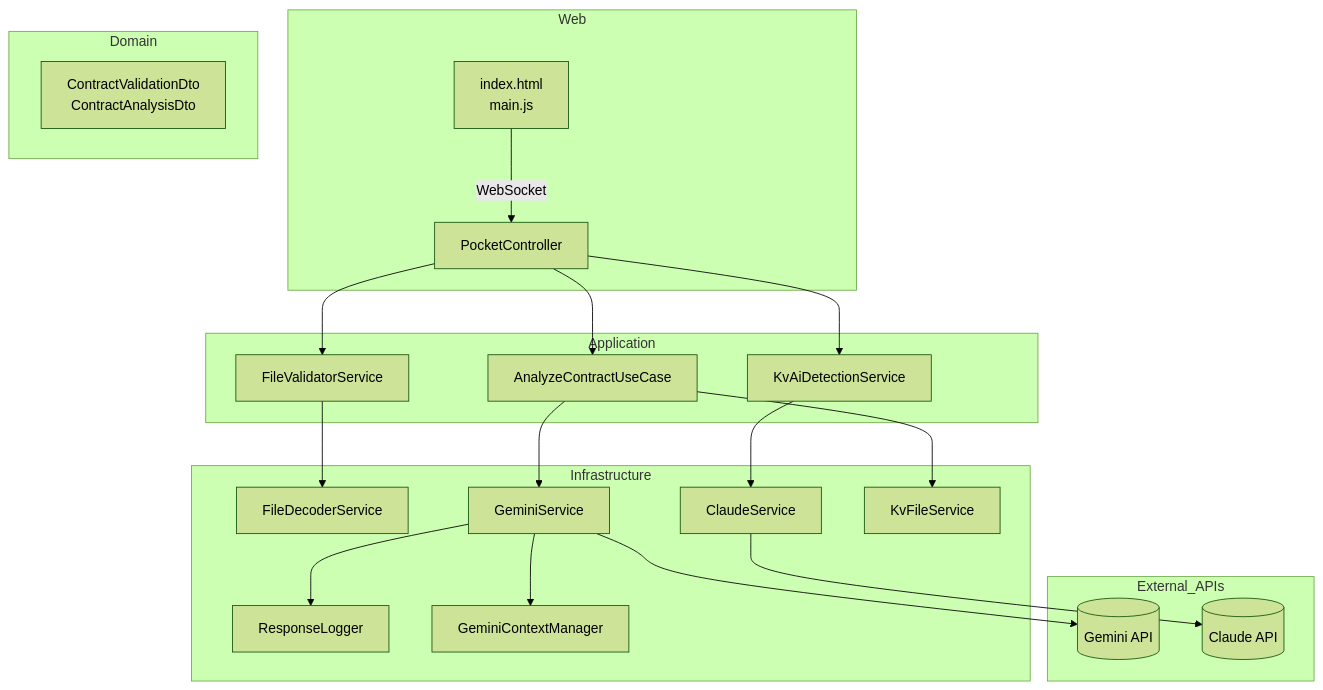
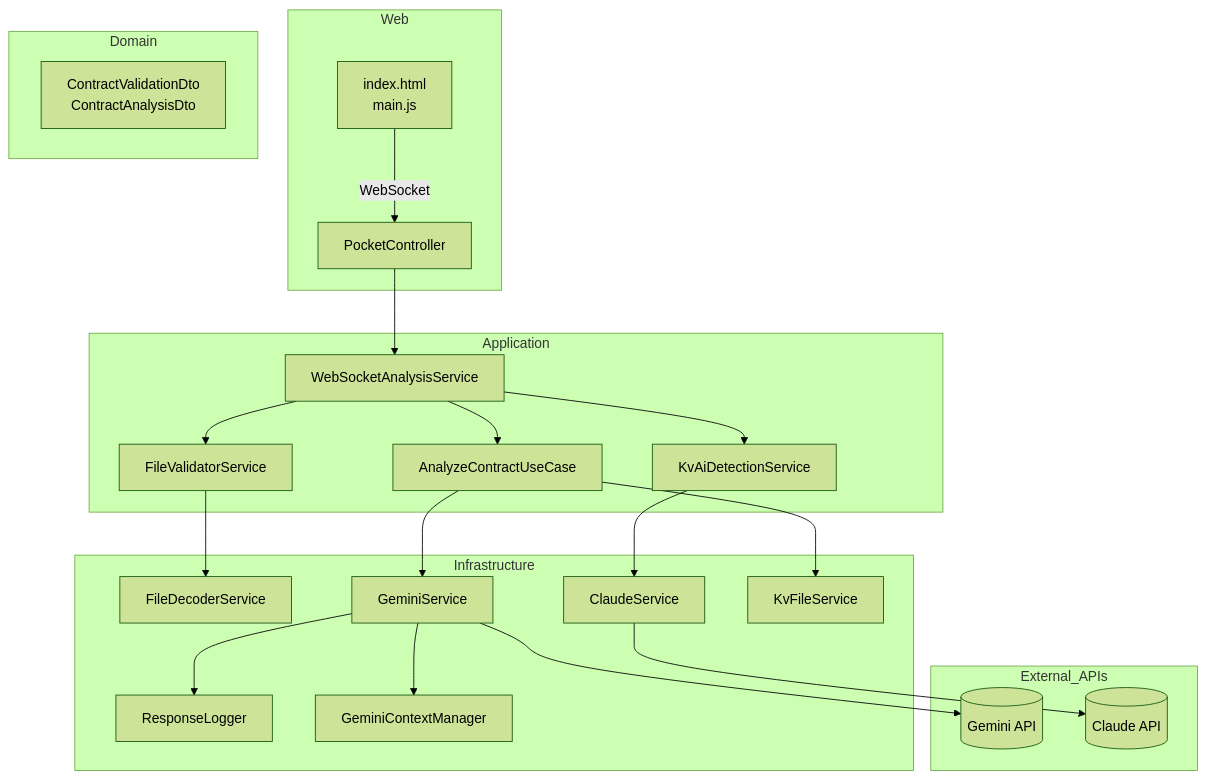
Before and after one commit to sebastian-305/PocketLawyer: the first of 6 diagrams in docs/Diagrams/diagrams.md, drawn with Mermaid (forest theme). The commit also changed other lines of this file, not shown here.

Commit message:
Update diagrams with WebSocketAnalysisService

````diff
--- a/docs/Diagrams/diagrams.md
+++ b/docs/Diagrams/diagrams.md
@@ -5,40 +5,42 @@
 ```mermaid
 graph TD
     subgraph Web
         FE[index.html<br>main.js]
         PC[PocketController]
     end
     subgraph Application
+        WSAS[WebSocketAnalysisService]
         FVS[FileValidatorService]
         CA[AnalyzeContractUseCase]
         KAD[KvAiDetectionService]
     end
     subgraph Domain
         DTOs[ContractValidationDto\nContractAnalysisDto]
     end
     subgraph Infrastructure
         FDS[FileDecoderService]
         GEM[GeminiService]
         CLA[ClaudeService]
         KFS[KvFileService]
         RL[ResponseLogger]
         GCM[GeminiContextManager]
     end
     subgraph External_APIs
         GeminiAPI[(Gemini API)]
         ClaudeAPI[(Claude API)]
     end
 
     FE -- WebSocket --> PC
-    PC --> FVS
-    PC --> KAD
-    PC --> CA
+    PC --> WSAS
+    WSAS --> FVS
+    WSAS --> KAD
+    WSAS --> CA
     FVS --> FDS
     KAD --> CLA
     CA --> GEM
     CA --> KFS
     GEM --> GCM
     GEM --> RL
     GEM --> GeminiAPI
     CLA --> ClaudeAPI
 ```
````
